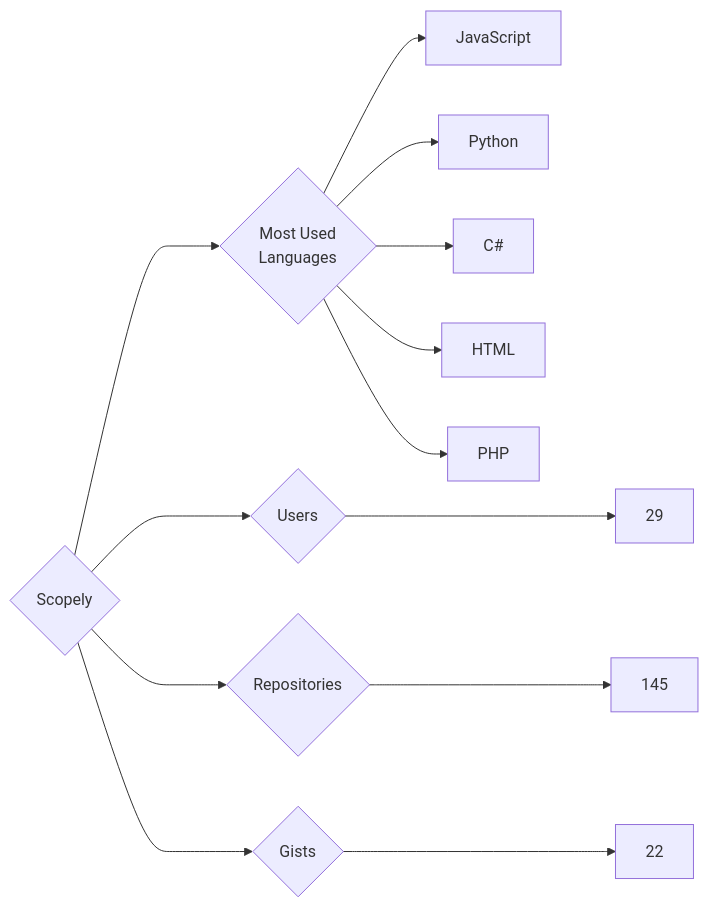
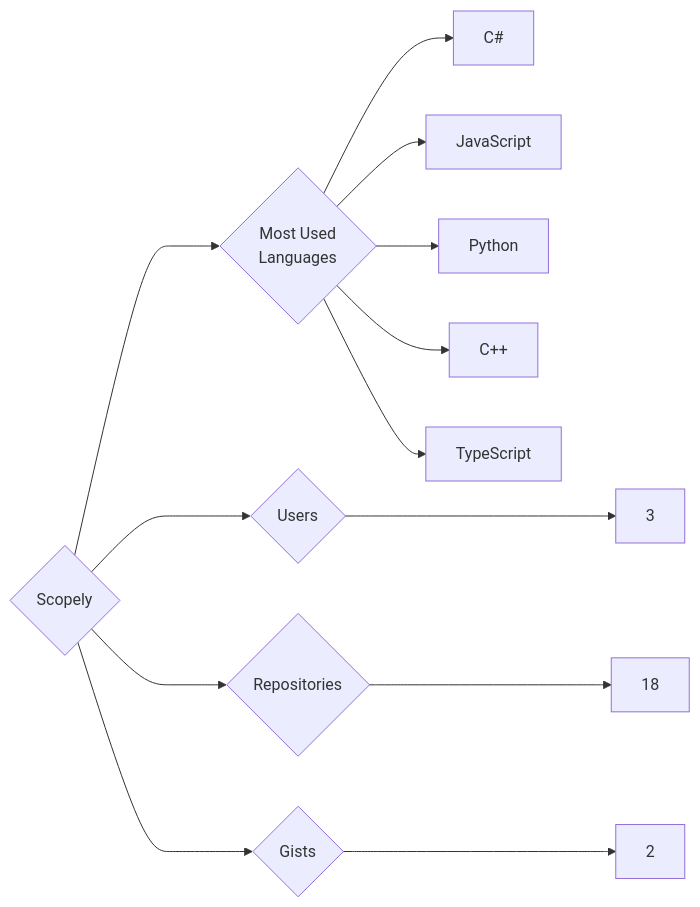
The diagram in targets/Scopely/README.md (trickest/insiders), drawn with Mermaid before and after one commit. The commit also changed 964 other files, not shown here.

````diff
--- a/targets/Scopely/README.md
+++ b/targets/Scopely/README.md
@@ -3,13 +3,13 @@
 ```mermaid
 graph LR
 COMPANY_NAME{Scopely}
-COMPANY_NAME ---> U{Users} ---> UN[29]
-COMPANY_NAME ---> R{Repositories} ---> RN[145]
-COMPANY_NAME ---> G{Gists} ---> GN[22]
+COMPANY_NAME ---> U{Users} ---> UN[3]
+COMPANY_NAME ---> R{Repositories} ---> RN[18]
+COMPANY_NAME ---> G{Gists} ---> GN[2]
 COMPANY_NAME ---> ML{Most Used<br>Languages}
+ML --> C#[C#]
 ML --> JavaScript[JavaScript]
 ML --> Python[Python]
-ML --> C#[C#]
-ML --> HTML[HTML]
-ML --> PHP[PHP]
+ML --> C++[C++]
+ML --> TypeScript[TypeScript]
 ```
````
